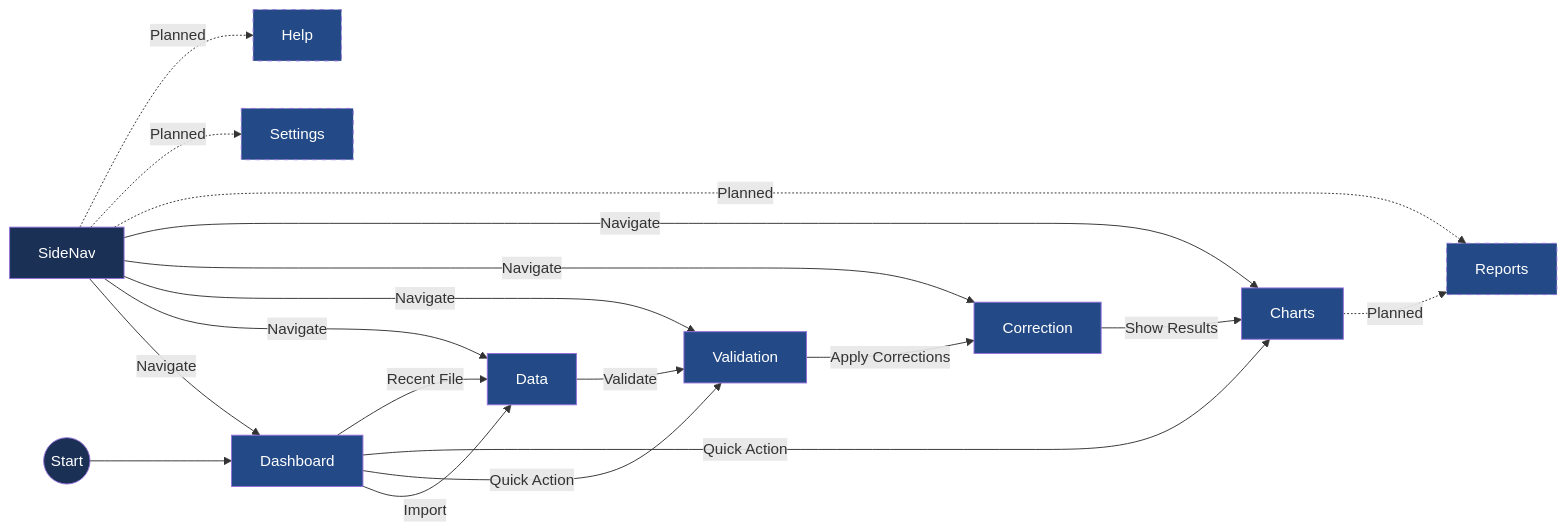
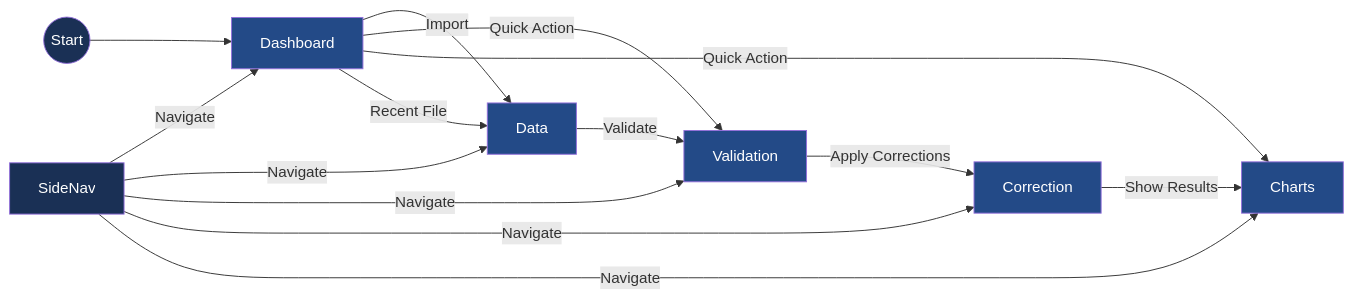
Before and after one commit to LinkesAuge/ChestBuddy: the third of 3 diagrams in memory-bank/activeContext.md, drawn with Mermaid. The commit also changed other lines of this file and 4 other files, not shown here.

````diff
--- a/memory-bank/activeContext.md
+++ b/memory-bank/activeContext.md
@@ -187,31 +121,25 @@
 ```mermaid
 graph LR
     Start((Start)) --> Dashboard
     Dashboard -->|Import| Data
     Dashboard -->|Quick Action| Validation
     Dashboard -->|Quick Action| Charts
     Dashboard -->|Recent File| Data
     SideNav -->|Navigate| Dashboard
     SideNav -->|Navigate| Data
     SideNav -->|Navigate| Validation
     SideNav -->|Navigate| Correction
     SideNav -->|Navigate| Charts
-    SideNav -.Planned.-> Reports
-    SideNav -.Planned.-> Settings
-    SideNav -.Planned.-> Help
+    
     Data -->|Validate| Validation
     Validation -->|Apply Corrections| Correction
     Correction -->|Show Results| Charts
-    Charts -.Planned.-> Reports
     
     style Start fill:#1a3055,color:#fff
     style Dashboard fill:#234a87,color:#fff
     style Data fill:#234a87,color:#fff
     style Validation fill:#234a87,color:#fff
     style Correction fill:#234a87,color:#fff
     style Charts fill:#234a87,color:#fff
     style SideNav fill:#1a3055,color:#fff
-    style Reports fill:#234a87,color:#fff,stroke-dasharray: 5 5
-    style Settings fill:#234a87,color:#fff,stroke-dasharray: 5 5
-    style Help fill:#234a87,color:#fff,stroke-dasharray: 5 5
 ```
````
